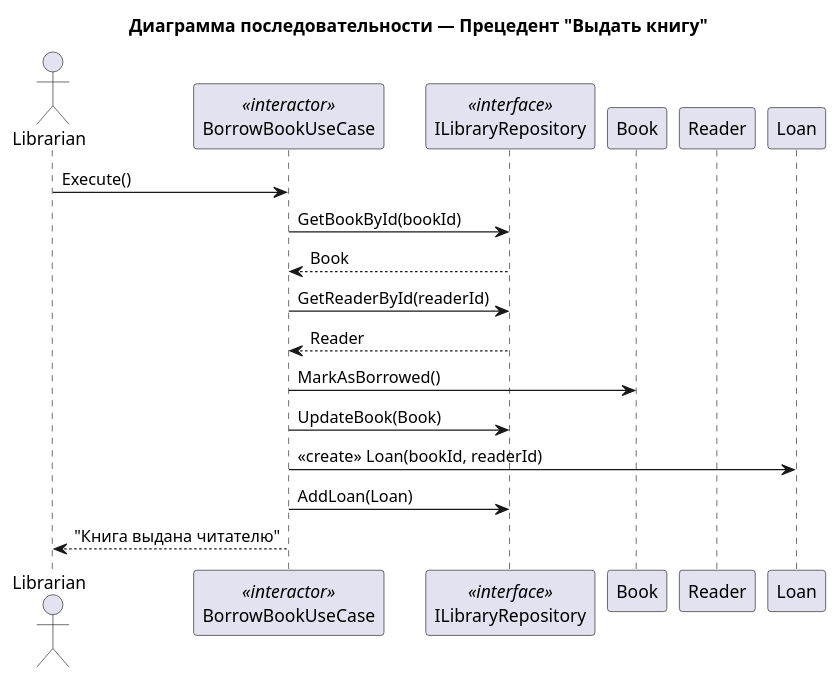
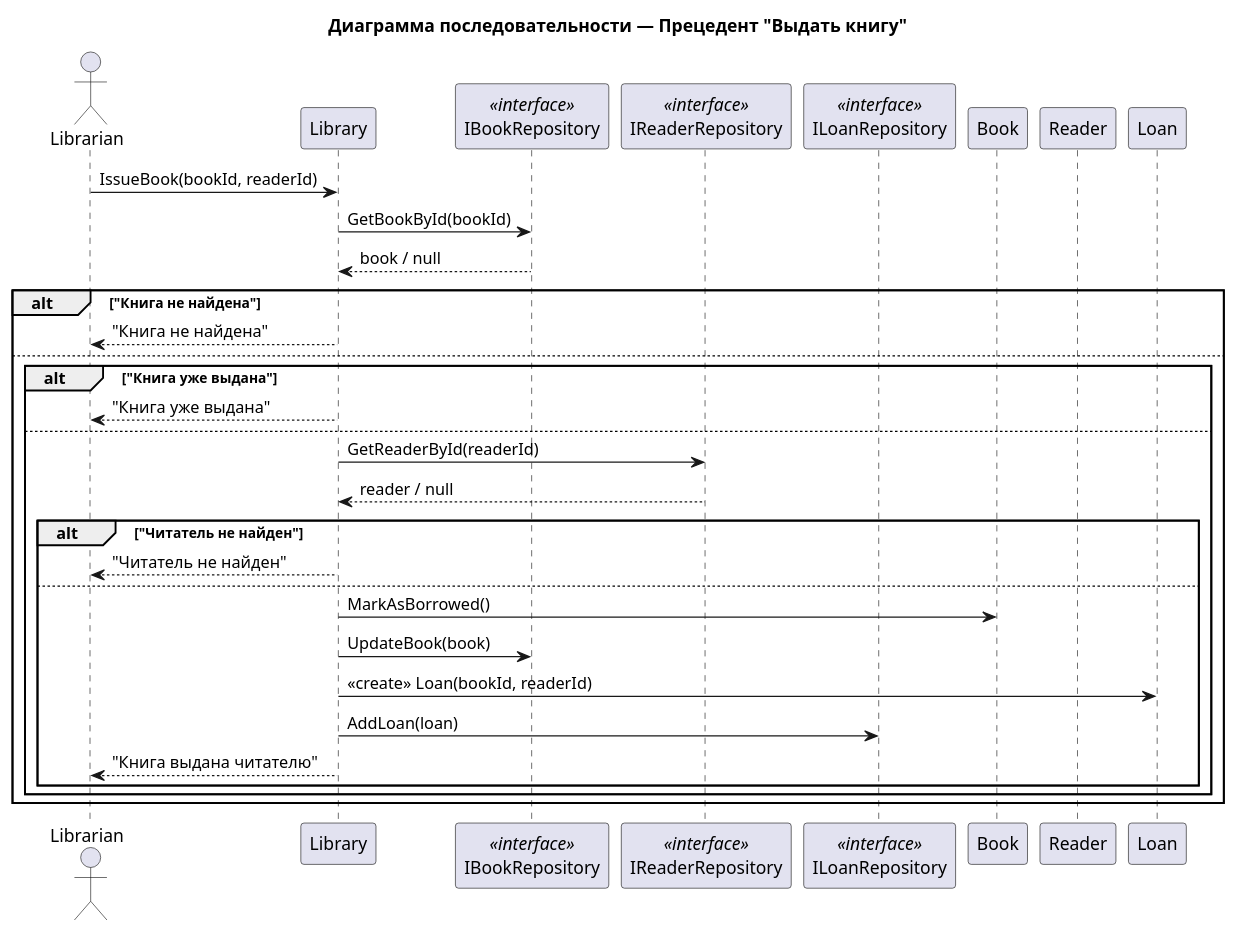
The diagram in Сценарии использования/Выдача книги.md (penamarth/bsbo-01-23_team4_var2_bibl), drawn with PlantUML before and after one commit. The commit also changed 37 other files, not shown here.

````diff
--- a/Сценарии использования/Выдача книги.md
+++ b/Сценарии использования/Выдача книги.md
@@ -52,24 +52,42 @@
 ```plantuml
 @startuml
 title Диаграмма последовательности — Прецедент "Выдать книгу"
 
 actor Librarian
-participant "BorrowBookUseCase" as UseCase <<interactor>>
-participant "ILibraryRepository" as Repo <<interface>>
+participant "Library" as Lib
+participant "IBookRepository" as BookRepo <<interface>>
+participant "IReaderRepository" as ReaderRepo <<interface>>
+participant "ILoanRepository" as LoanRepo <<interface>>
 participant "Book"
 participant "Reader"
 participant "Loan"
 
-Librarian -> UseCase : Execute()
-UseCase -> Repo : GetBookById(bookId)
-Repo --> UseCase : Book
-UseCase -> Repo : GetReaderById(readerId)
-Repo --> UseCase : Reader
-UseCase -> Book : MarkAsBorrowed()
-UseCase -> Repo : UpdateBook(Book)
-UseCase -> Loan : <<create>> Loan(bookId, readerId)
-UseCase -> Repo : AddLoan(Loan)
-UseCase --> Librarian : "Книга выдана читателю"
+Librarian -> Lib : IssueBook(bookId, readerId)
 
+Lib -> BookRepo : GetBookById(bookId)
+BookRepo --> Lib : book / null
+
+alt "Книга не найдена"
+    Lib --> Librarian : "Книга не найдена"
+else
+    alt "Книга уже выдана"
+        Lib --> Librarian : "Книга уже выдана"
+    else
+        Lib -> ReaderRepo : GetReaderById(readerId)
+        ReaderRepo --> Lib : reader / null
+
+        alt "Читатель не найден"
+            Lib --> Librarian : "Читатель не найден"
+        else
+            Lib -> Book : MarkAsBorrowed()
+            Lib -> BookRepo : UpdateBook(book)
+
+            Lib -> Loan : <<create>> Loan(bookId, readerId)
+            Lib -> LoanRepo : AddLoan(loan)
+
+            Lib --> Librarian : "Книга выдана читателю"
+        end
+    end
+end
 @enduml
 ```
````
